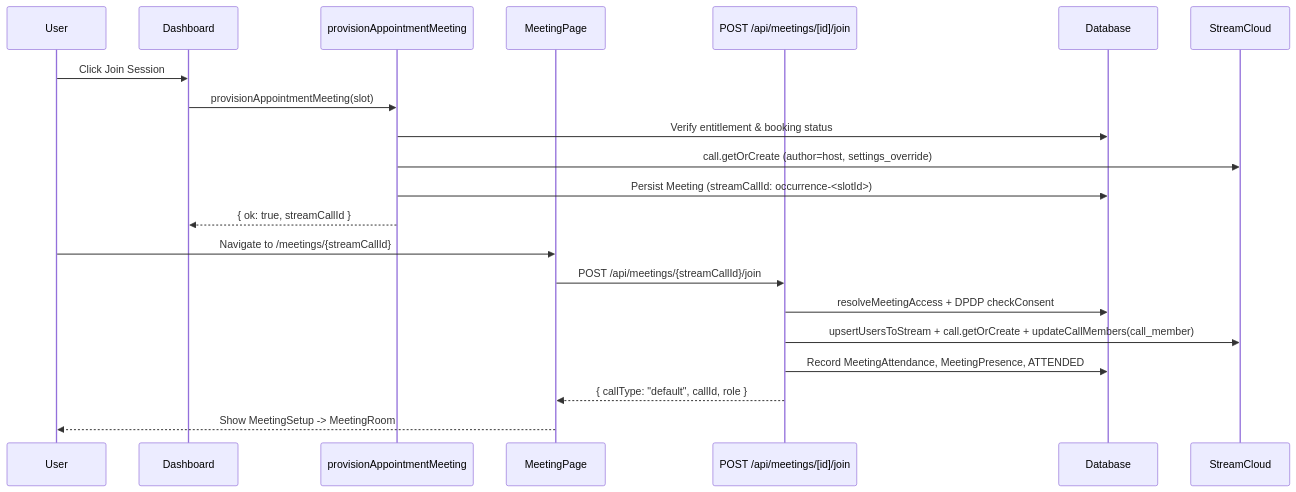
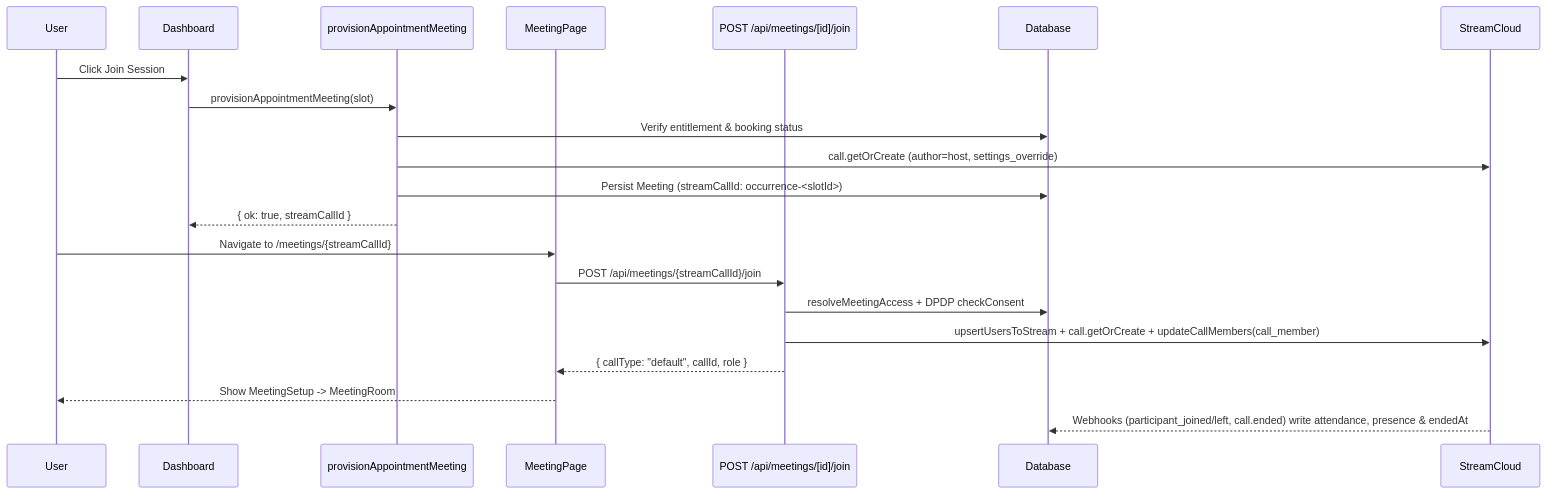
The fifth of 7 diagrams in docs/stream/01-architecture.md (Practitionist/familiarise_web), drawn with Mermaid before and after one commit. The commit also changed other lines of this file and 24 other files, not shown here.

````diff
--- a/docs/stream/01-architecture.md
+++ b/docs/stream/01-architecture.md
@@ -216,25 +216,25 @@
 ```mermaid
 sequenceDiagram
     participant User
     participant Dashboard
     participant MeetingAction as provisionAppointmentMeeting
     participant MeetingPage
     participant JoinRoute as POST /api/meetings/[id]/join
     participant Database
     participant StreamCloud
 
     User->>Dashboard: Click Join Session
     Dashboard->>MeetingAction: provisionAppointmentMeeting(slot)
     MeetingAction->>Database: Verify entitlement & booking status
     MeetingAction->>StreamCloud: call.getOrCreate (author=host, settings_override)
     MeetingAction->>Database: Persist Meeting (streamCallId: occurrence-<slotId>)
     MeetingAction-->>Dashboard: { ok: true, streamCallId }
 
     User->>MeetingPage: Navigate to /meetings/{streamCallId}
     MeetingPage->>JoinRoute: POST /api/meetings/{streamCallId}/join
     JoinRoute->>Database: resolveMeetingAccess + DPDP checkConsent
     JoinRoute->>StreamCloud: upsertUsersToStream + call.getOrCreate + updateCallMembers(call_member)
-    JoinRoute->>Database: Record MeetingAttendance, MeetingPresence, ATTENDED
     JoinRoute-->>MeetingPage: { callType: "default", callId, role }
     MeetingPage-->>User: Show MeetingSetup -> MeetingRoom
+    StreamCloud-->>Database: Webhooks (participant_joined/left, call.ended) write attendance, presence & endedAt
 ```
````
